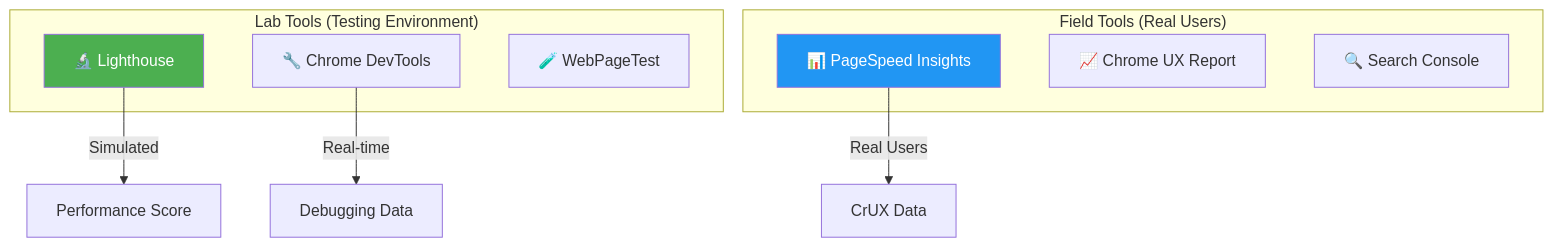
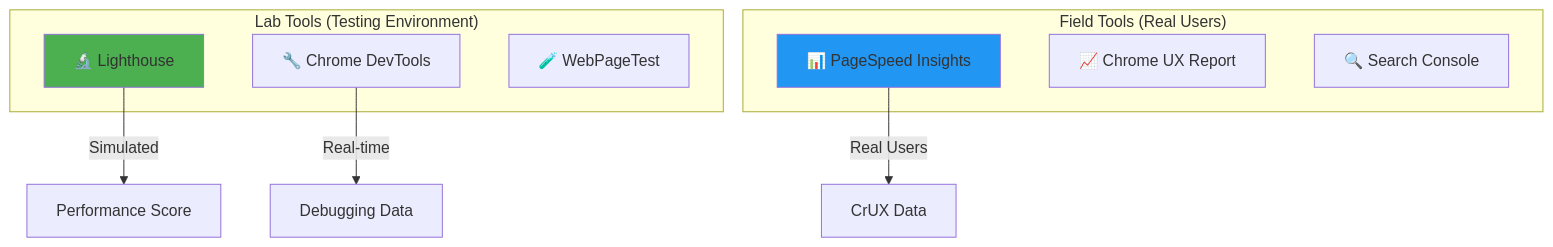
Before and after one commit to Anuhyaaa/web-optimization: the sixth of 35 diagrams in readme.md, drawn with Mermaid. The commit also changed other lines of this file and 1 other file, not shown here.

Commit message:
Fix Mermaid diagram text visibility by removing invalid color:white syntax

````diff
--- a/readme.md
+++ b/readme.md
@@ -359,21 +359,21 @@
 ```mermaid
 graph TB
     subgraph "Lab Tools (Testing Environment)"
         A[🔬 Lighthouse]
         B[🔧 Chrome DevTools]
         C[🧪 WebPageTest]
     end
     
     subgraph "Field Tools (Real Users)"
         D[📊 PageSpeed Insights]
         E[📈 Chrome UX Report]
         F[🔍 Search Console]
     end
     
     A --> |Simulated| Results1[Performance Score]
     B --> |Real-time| Results2[Debugging Data]
     D --> |Real Users| Results3[CrUX Data]
     
-    style A fill:#4CAF50,color:white
-    style D fill:#2196F3,color:white
+    style A fill:#4CAF50
+    style D fill:#2196F3
 ```
````
